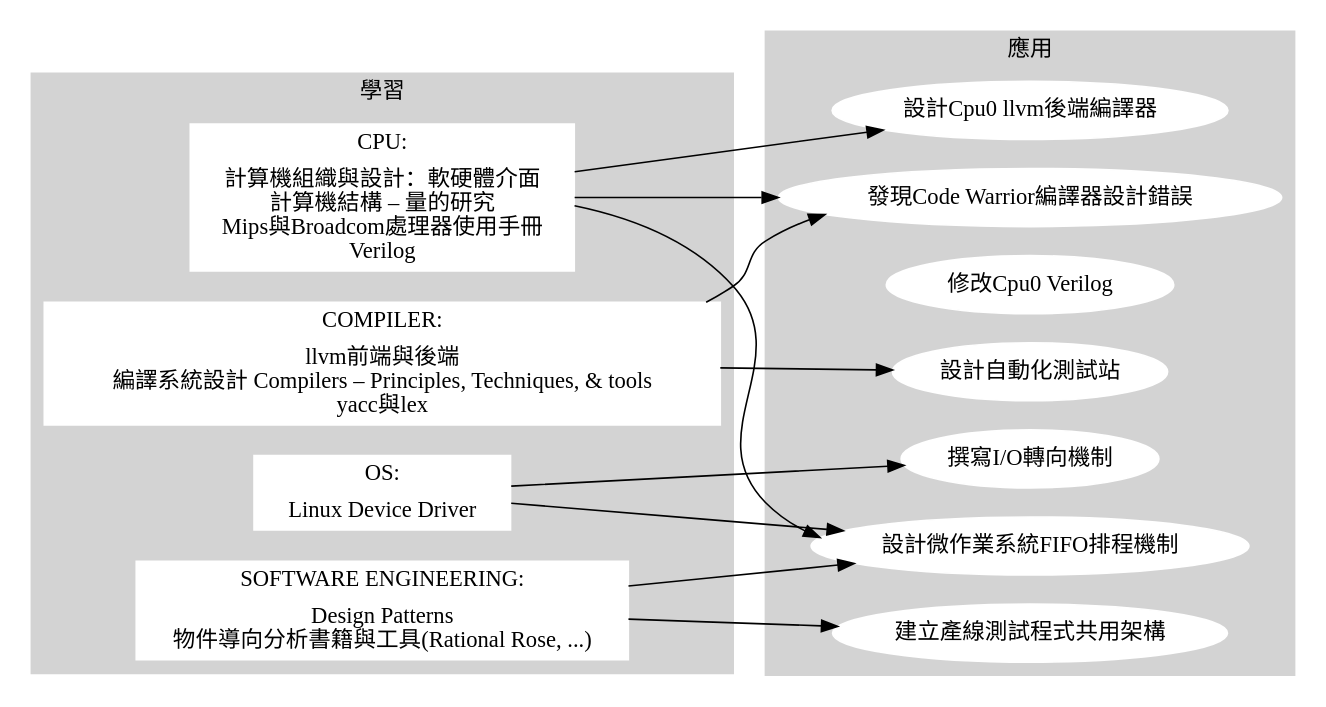
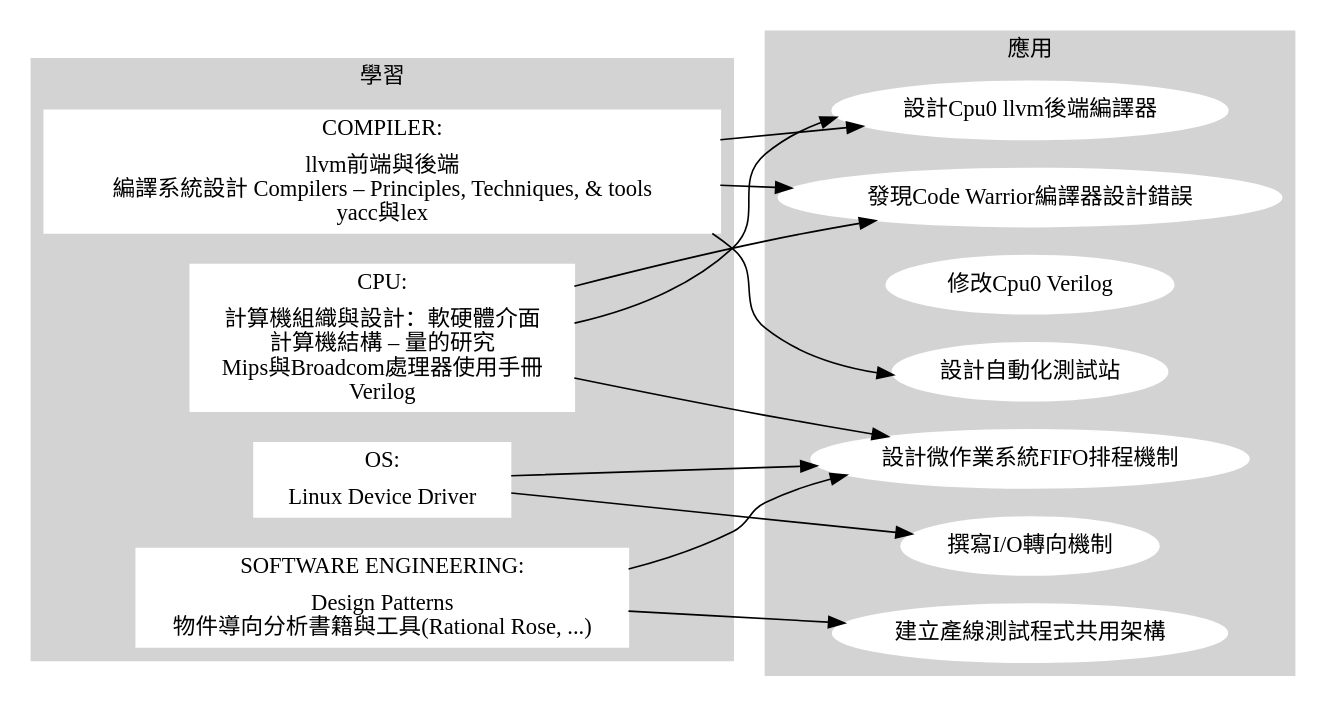
The diagram in images/study_and_apply_ch1.gv (Jonathan2251/ws), drawn with Graphviz before and after one commit. The commit also changed 3 other files, not shown here.

```diff
--- a/images/study_and_apply_ch1.gv
+++ b/images/study_and_apply_ch1.gv
@@ -1,37 +1,38 @@
 // Free usage license, author: Chung-Shu Chen 陳鍾樞
 
 digraph G {
 
   rankdir=LR;
   subgraph cluster_0 {
     style=filled;
     label = "學習";
     node [shape=record,style=filled,color=white]; CPU [label="CPU:|計算機組織與設計：軟硬體介面\n計算機結構 – 量的研究\nMips與Broadcom處理器使用手冊\nVerilog"];
     node [style=filled,color=white]; COMPILER [label="COMPILER:|llvm前端與後端\n編譯系統設計 Compilers – Principles, Techniques, & tools \nyacc與lex"];
     node [style=filled,color=white]; OS [label="OS:|Linux Device Driver"]; 
     node [style=filled,color=white]; "SOFTWARE ENGINEERING" [label="SOFTWARE ENGINEERING:|Design Patterns\n物件導向分析書籍與工具(Rational Rose, ...)"]; 
     color=lightgrey;
   }
   subgraph cluster_1 {
     style=filled;
     color=lightgrey;
     label = "應用";
     node [style=filled,color=white]; codewarrior [label="發現Code Warrior編譯器設計錯誤"];
     node [style=filled,color=white]; tinyos [label="設計微作業系統FIFO排程機制"];
     node [style=filled,color=white]; verilog [label="修改Cpu0 Verilog"];
     node [style=filled,color=white]; backend [label="設計Cpu0 llvm後端編譯器"];
     node [style=filled,color=white]; teststation [label="設計自動化測試站"];
     node [style=filled,color=white]; io [label="撰寫I/O轉向機制"];
     node [style=filled,color=white]; bltc [label="建立產線測試程式共用架構"];
   }
   CPU -> codewarrior;
   CPU -> tinyos;
   CPU -> backend;
+  COMPILER -> backend;
   COMPILER -> codewarrior;
   COMPILER -> teststation;
   OS -> tinyos;
   OS -> io;
   "SOFTWARE ENGINEERING" -> tinyos;
   "SOFTWARE ENGINEERING" -> bltc;
 
 }
```
